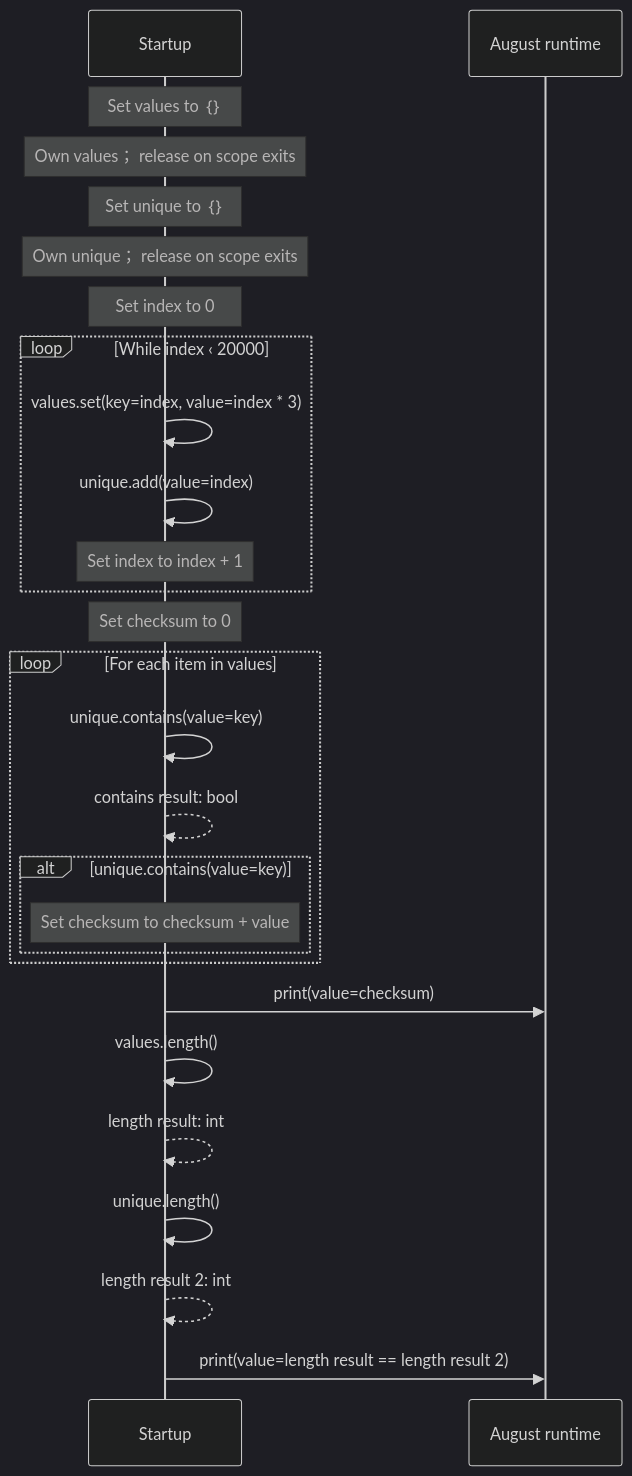
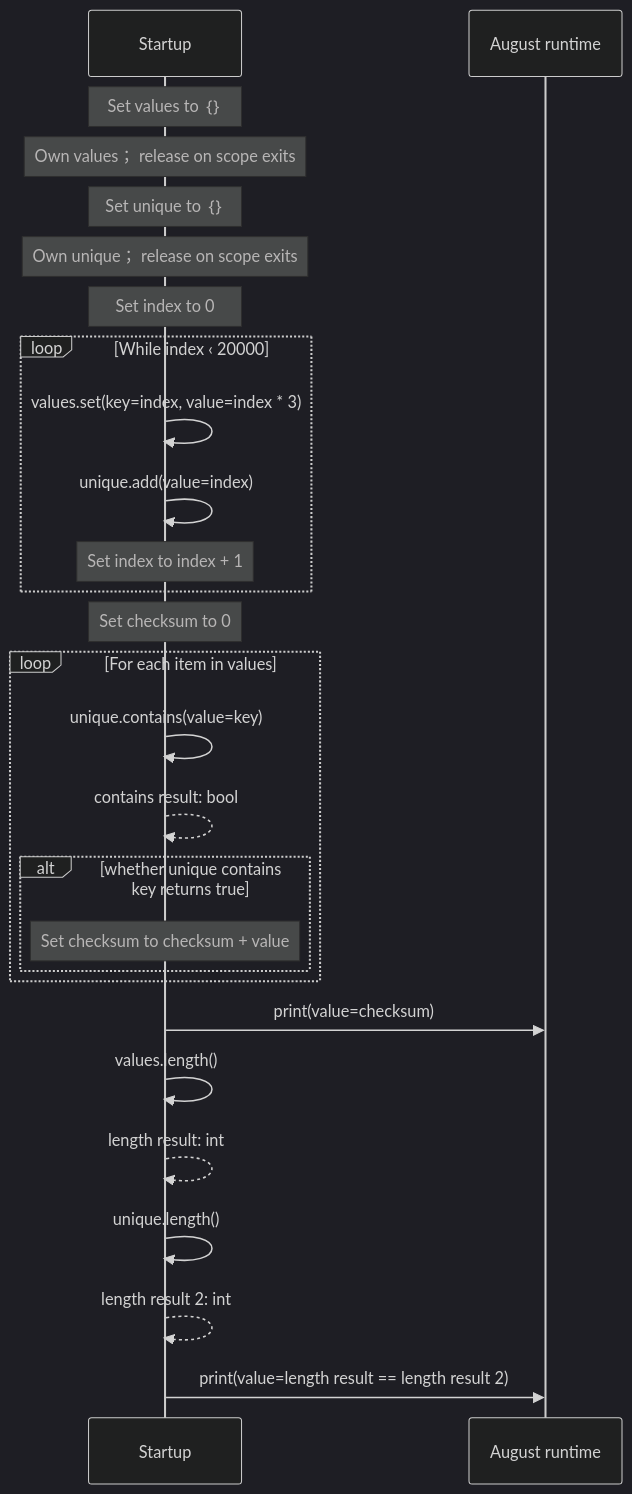
The diagram in benchmarks/collections/main.aug.diagrams.md (GreenPandaStudios/augscript), drawn with Mermaid (dark theme) before and after one commit. The commit also changed 658 other files, not shown here.

````diff
--- a/benchmarks/collections/main.aug.diagrams.md
+++ b/benchmarks/collections/main.aug.diagrams.md
@@ -18,29 +18,29 @@
 ```mermaid
 sequenceDiagram
     participant p0 as Startup
     participant p1 as August runtime
     Note over p0: Set values to ｛｝
     Note over p0: Own values； release on scope exits
     Note over p0: Set unique to ｛｝
     Note over p0: Own unique； release on scope exits
     Note over p0: Set index to 0
     loop While index ‹ 20000
     p0->>p0: values.set(key=index, value=index * 3)
     p0->>p0: unique.add(value=index)
     Note over p0: Set index to index + 1
     end
     Note over p0: Set checksum to 0
     loop For each item in values
     p0->>p0: unique.contains(value=key)
     p0-->>p0: contains result: bool
-    alt unique.contains(value=key)
+    alt whether unique contains key returns true
     Note over p0: Set checksum to checksum + value
     end
     end
     p0->>p1: print(value=checksum)
     p0->>p0: values.length()
     p0-->>p0: length result: int
     p0->>p0: unique.length()
     p0-->>p0: length result 2: int
     p0->>p1: print(value=length result == length result 2)
 ```
````
